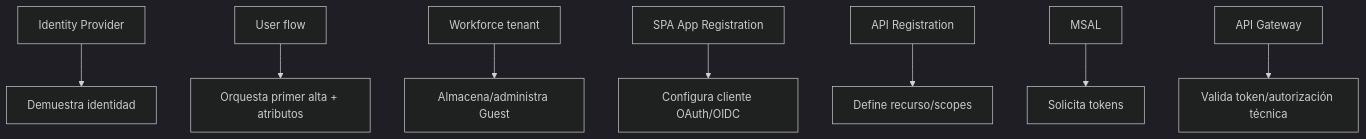
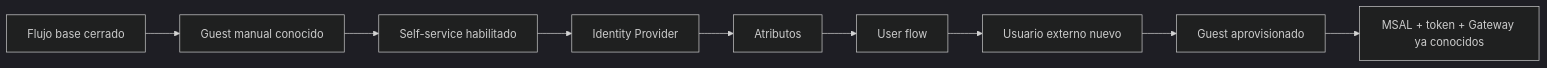
Before and after one commit to cmartinezs/DSY1107-DESARROLLO-CLOUD-NATIVE-I-2026-2: the third of 3 diagrams in docs/identity/entra-guia-completa/README.md, drawn with Mermaid (dark theme). The commit also changed other lines of this file, not shown here.

Commit message:
docs(identity): move self-service extension after base flow

````diff
--- a/docs/identity/entra-guia-completa/README.md
+++ b/docs/identity/entra-guia-completa/README.md
@@ -111,10 +78,11 @@
 ```mermaid
-flowchart TB
-    IDP[Identity Provider] --> IDENT[Demuestra identidad]
-    UF[User flow] --> SIGNUP[Orquesta primer alta + atributos]
-    TENANT[Workforce tenant] --> GUEST[Almacena/administra Guest]
-    APP[SPA App Registration] --> CLIENT[Configura cliente OAuth/OIDC]
-    API[API Registration] --> SCOPE[Define recurso/scopes]
-    MSAL[MSAL] --> TOKEN[Solicita tokens]
-    GW[API Gateway] --> AUTHZ[Valida token/autorización técnica]
+flowchart LR
+    BASE[Flujo base cerrado] --> MAN[Guest manual conocido]
+    MAN --> SSR[Self-service habilitado]
+    SSR --> IDP[Identity Provider]
+    IDP --> ATTR[Atributos]
+    ATTR --> UF[User flow]
+    UF --> NEW[Usuario externo nuevo]
+    NEW --> GUEST[Guest aprovisionado]
+    GUEST --> SAME[MSAL + token + Gateway ya conocidos]
 ```
````
